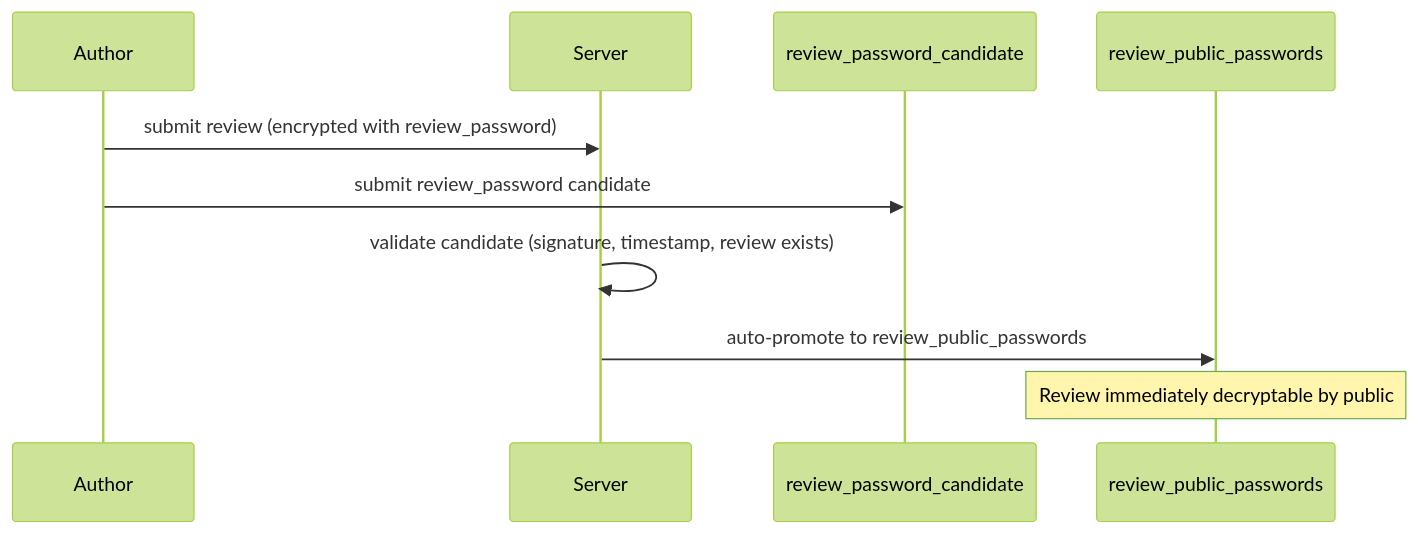
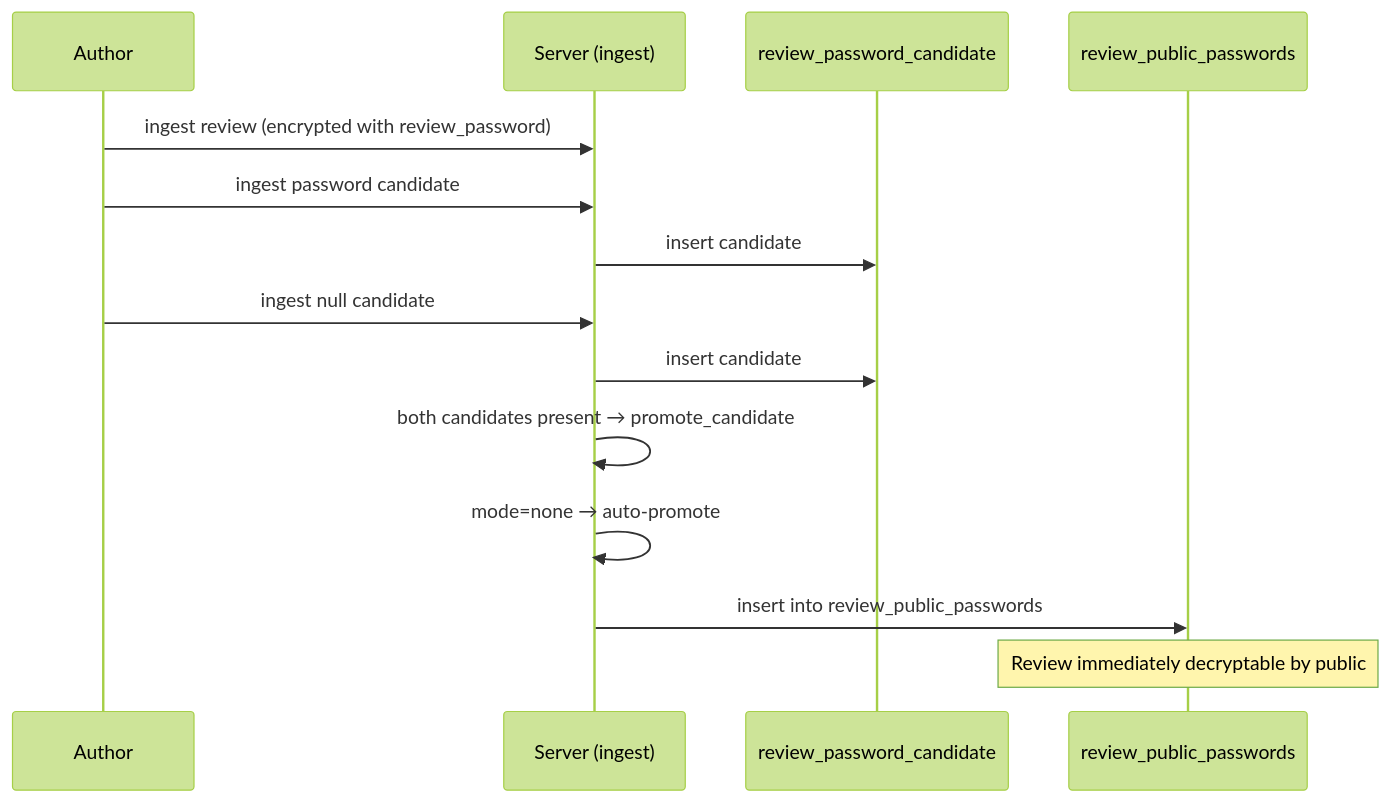
One commit to Buckitup-chat/chat changed the second of 4 diagrams in docs/proposal/reviews.md. Above: the diagram before and after it, drawn with Mermaid (forest theme). The commit also changed other lines of this file and 3 other files, not shown here.

````diff
--- a/docs/proposal/reviews.md
+++ b/docs/proposal/reviews.md
@@ -154,13 +154,17 @@
 ```mermaid
 sequenceDiagram
     participant A as Author
-    participant S as Server
+    participant S as Server (ingest)
     participant C as review_password_candidate
     participant P as review_public_passwords
 
-    A->>S: submit review (encrypted with review_password)
-    A->>C: submit review_password candidate
-    S->>S: validate candidate (signature, timestamp, review exists)
-    S->>P: auto-promote to review_public_passwords
+    A->>S: ingest review (encrypted with review_password)
+    A->>S: ingest password candidate
+    S->>C: insert candidate
+    A->>S: ingest null candidate
+    S->>C: insert candidate
+    S->>S: both candidates present → promote_candidate
+    S->>S: mode=none → auto-promote
+    S->>P: insert into review_public_passwords
     Note over P: Review immediately decryptable by public
 ```
````
